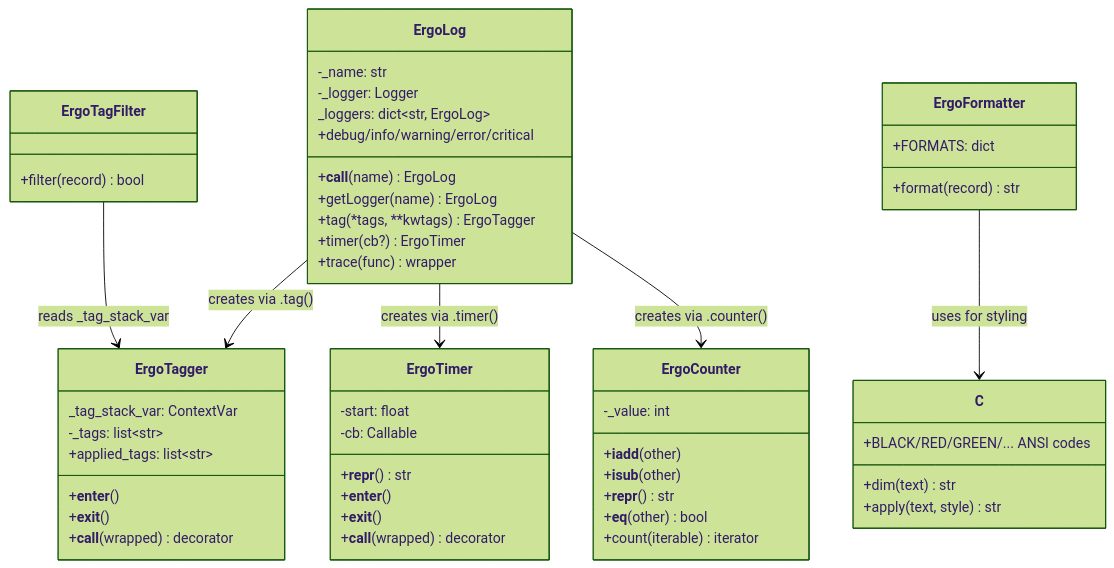
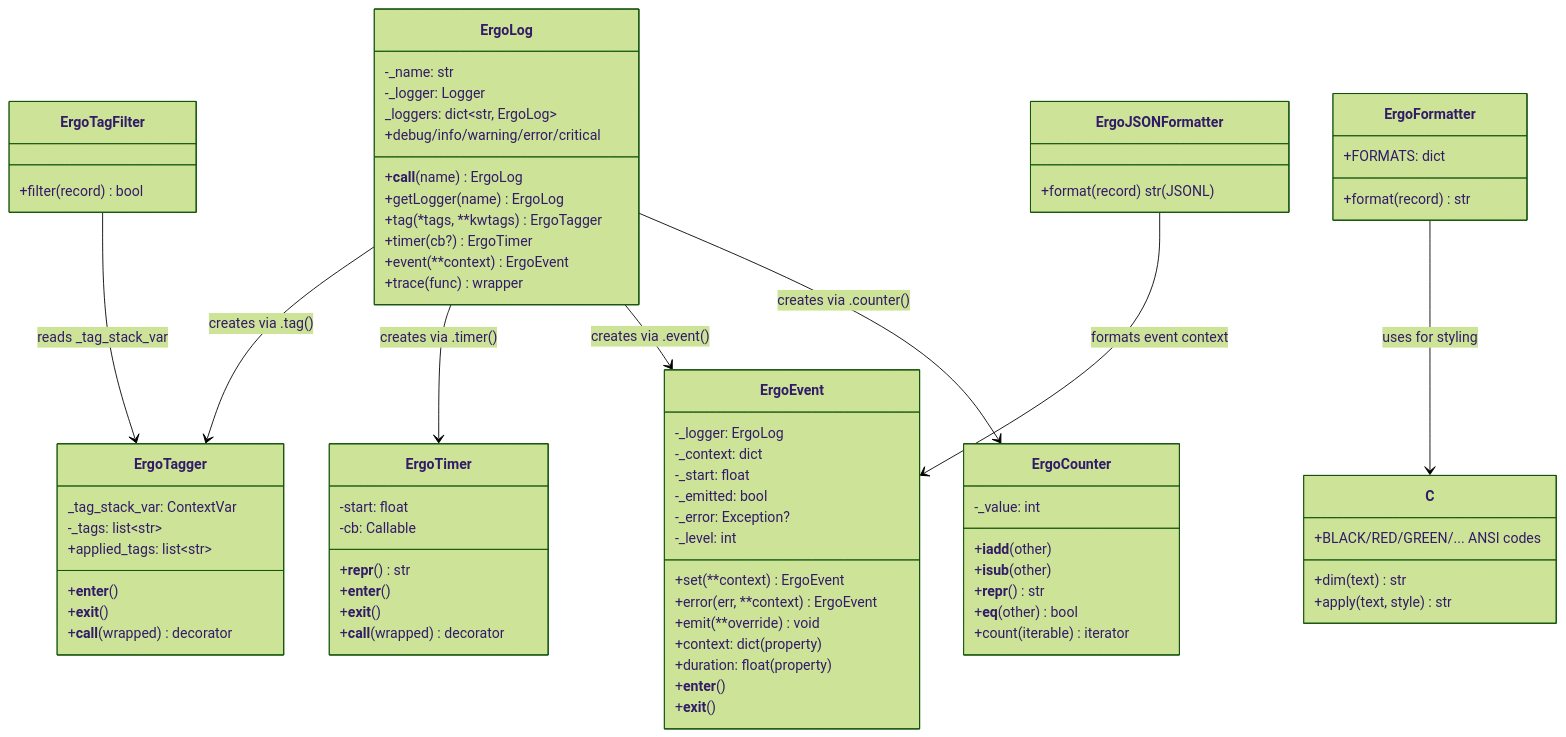
Before and after one commit to DaelonSuzuka/ergolog: the diagram in lode/core/summary.md, drawn with Mermaid (forest theme). The commit also changed other lines of this file and 7 other files, not shown here.

````diff
--- a/lode/core/summary.md
+++ b/lode/core/summary.md
@@ -7,55 +7,76 @@
 ```mermaid
 classDiagram
     class ErgoLog {
         -_name: str
         -_logger: Logger
         _loggers: dict~str, ErgoLog~
         +debug/info/warning/error/critical
         +__call__(name) ErgoLog
         +getLogger(name) ErgoLog
         +tag(*tags, **kwtags) ErgoTagger
         +timer(cb?) ErgoTimer
+        +event(**context) ErgoEvent
         +trace(func) wrapper
     }
     class ErgoTagger {
         _tag_stack_var: ContextVar
         -_tags: list~str~
         +applied_tags: list~str~
         +__enter__()
         +__exit__()
         +__call__(wrapped) decorator
+    }
+    class ErgoEvent {
+        -_logger: ErgoLog
+        -_context: dict
+        -_start: float
+        -_emitted: bool
+        -_error: Exception?
+        -_level: int
+        +set(**context) ErgoEvent
+        +error(err, **context) ErgoEvent
+        +emit(**override) void
+        +context: dict (property)
+        +duration: float (property)
+        +__enter__()
+        +__exit__()
     }
     class ErgoCounter {
         -_value: int
         +__iadd__(other)
         +__isub__(other)
         +__repr__() str
         +__eq__(other) bool
         +count(iterable) iterator
     }
     class ErgoTagFilter {
         +filter(record) bool
     }
     class ErgoTimer {
         -start: float
         -cb: Callable
         +__repr__() str
         +__enter__()
         +__exit__()
         +__call__(wrapped) decorator
     }
     class ErgoFormatter {
         +FORMATS: dict
         +format(record) str
     }
+    class ErgoJSONFormatter {
+        +format(record) str (JSONL)
+    }
     class C {
         +BLACK/RED/GREEN/... ANSI codes
         +dim(text) str
         +apply(text, style) str
     }
     ErgoLog --> ErgoTagger : creates via .tag()
     ErgoLog --> ErgoTimer : creates via .timer()
+    ErgoLog --> ErgoEvent : creates via .event()
     ErgoLog --> ErgoCounter : creates via .counter()
     ErgoTagFilter --> ErgoTagger : reads _tag_stack_var
     ErgoFormatter --> C : uses for styling
+    ErgoJSONFormatter --> ErgoEvent : formats event context
 ```
````
